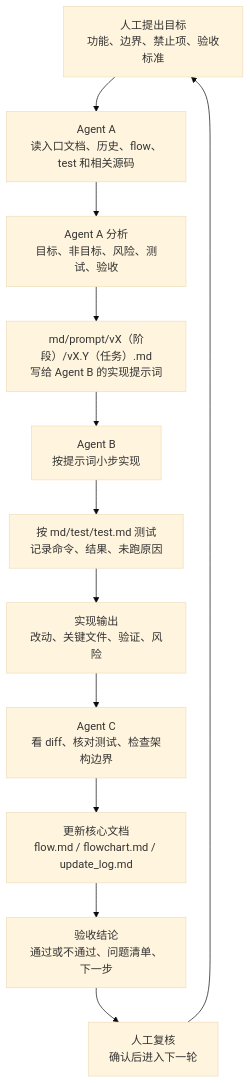
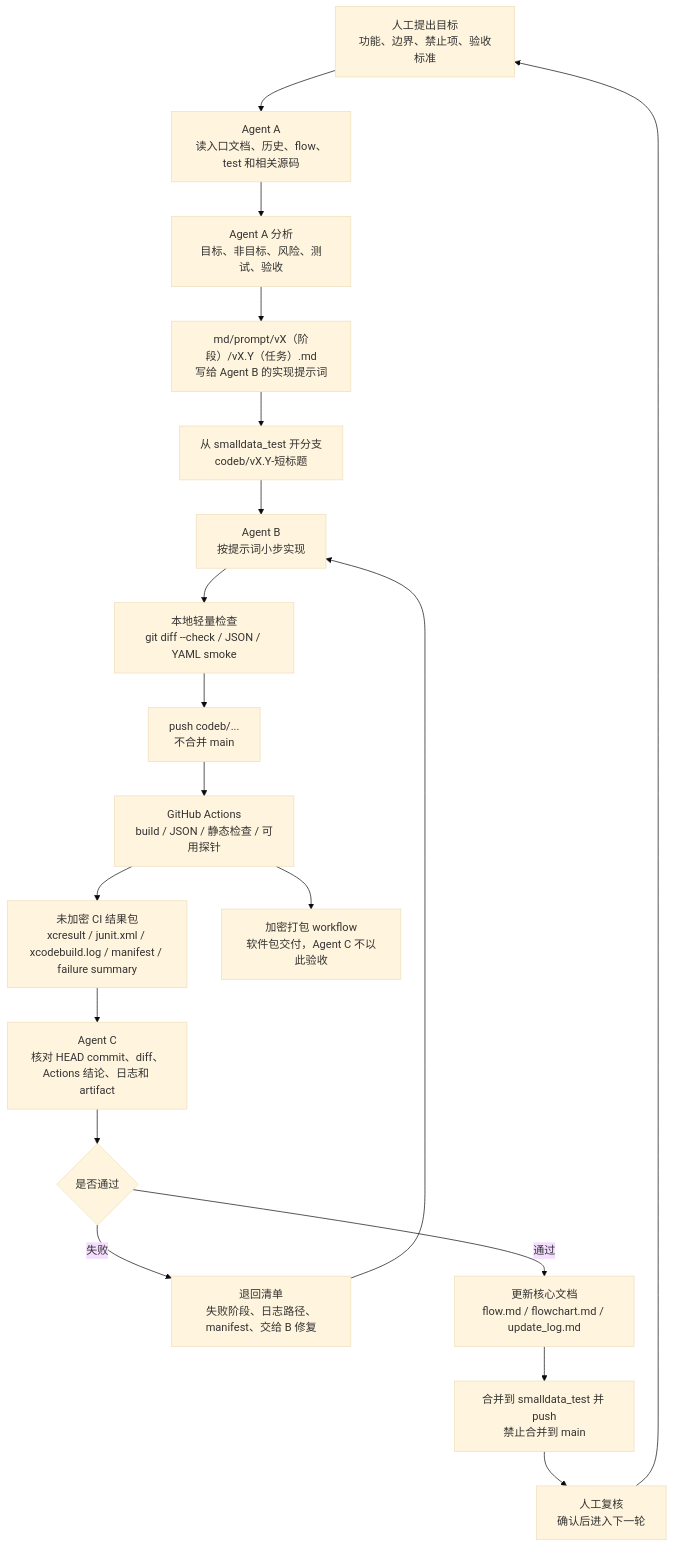
One commit to bengzhu/project1_lgbt_naxida changed the third of 3 diagrams in md/flow/flowchart.md. Above: the diagram before and after it, drawn with Mermaid (base theme). The commit also changed other lines of this file and 7 other files, not shown here.

````diff
--- a/md/flow/flowchart.md
+++ b/md/flow/flowchart.md
@@ -115,23 +115,32 @@
 ```mermaid
 flowchart TD
   %% 人工输入：目标和约束
   H["人工提出目标<br/>功能、边界、禁止项、验收标准"] --> A1["Agent A<br/>读入口文档、历史、flow、test 和相关源码"]
 
   %% Agent A 输出版本化提示词
   A1 --> A2["Agent A 分析<br/>目标、非目标、风险、测试、验收"]
   A2 --> P["md/prompt/vX（阶段）/vX.Y（任务）.md<br/>写给 Agent B 的实现提示词"]
 
-  %% Agent B 实现和验证
-  P --> B1["Agent B<br/>按提示词小步实现"]
-  B1 --> B2["按 md/test/test.md 测试<br/>记录命令、结果、未跑原因"]
-  B2 --> B3["实现输出<br/>改动、关键文件、验证、风险"]
+  %% Agent B 实现、轻量检查和推送
+  P --> B0["从 smalldata_test 开分支<br/>codeb/vX.Y-短标题"]
+  B0 --> B1["Agent B<br/>按提示词小步实现"]
+  B1 --> B2["本地轻量检查<br/>git diff --check / JSON / YAML smoke"]
+  B2 --> B3["push codeb/...<br/>不合并 main"]
+
+  %% 云端验证和结果包
+  B3 --> G1["GitHub Actions<br/>build / JSON / 静态检查 / 可用探针"]
+  G1 --> G2["未加密 CI 结果包<br/>xcresult / junit.xml / xcodebuild.log / manifest / failure summary"]
+  G1 --> G3["加密打包 workflow<br/>软件包交付，Agent C 不以此验收"]
 
   %% Agent C 验收和文档同步
-  B3 --> C1["Agent C<br/>看 diff、核对测试、检查架构边界"]
-  C1 --> C2["更新核心文档<br/>flow.md / flowchart.md / update_log.md"]
-  C2 --> C3["验收结论<br/>通过或不通过、问题清单、下一步"]
+  G2 --> C1["Agent C<br/>核对 HEAD commit、diff、Actions 结论、日志和 artifact"]
+  C1 --> CFail{"是否通过"}
+  CFail -- "失败" --> R["退回清单<br/>失败阶段、日志路径、manifest、交给 B 修复"]
+  R --> B1
+  CFail -- "通过" --> C2["更新核心文档<br/>flow.md / flowchart.md / update_log.md"]
+  C2 --> C3["合并到 smalldata_test 并 push<br/>禁止合并到 main"]
 
   %% 回到人工
   C3 --> H2["人工复核<br/>确认后进入下一轮"]
   H2 --> H
 ```
````
